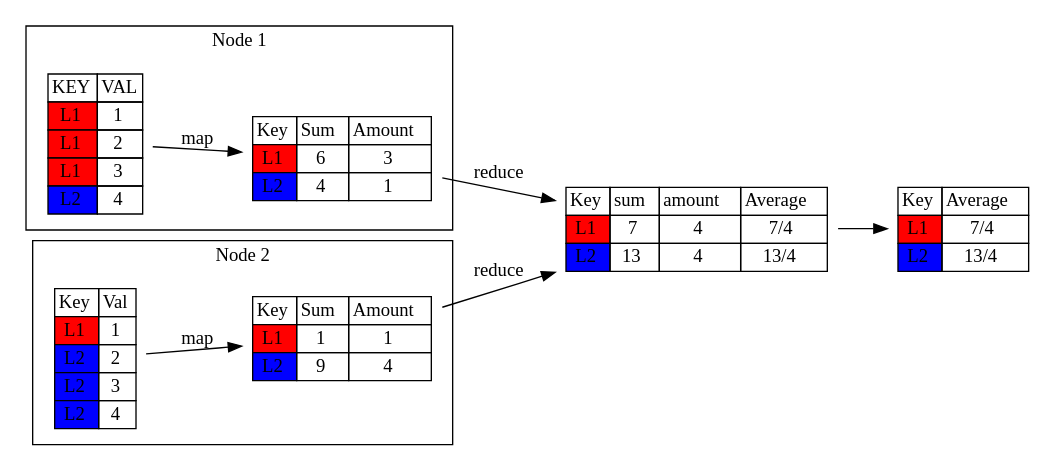
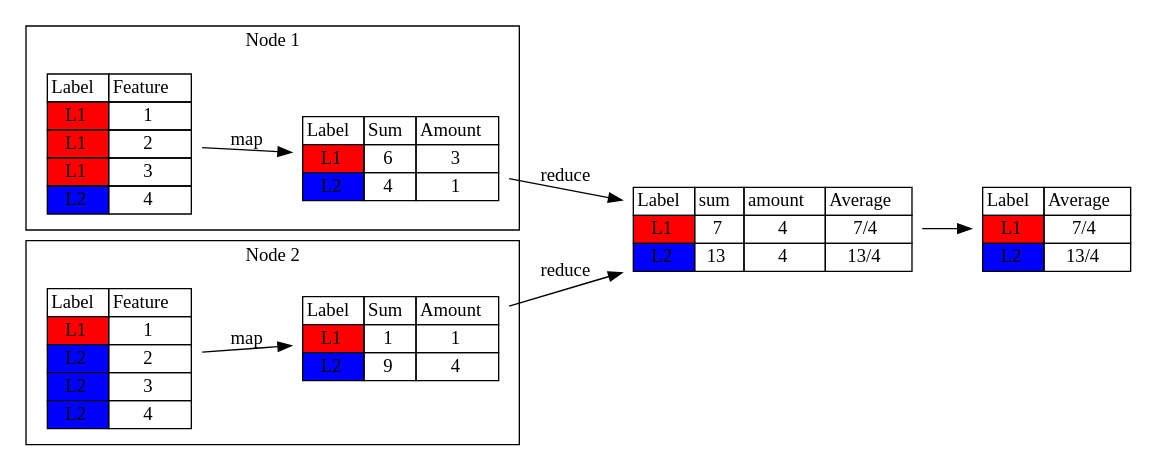
Before and after one commit to dehasi/grapviz: the diagram in mean-map-reduce.gv, drawn with Graphviz. The commit also changed 2 other files, not shown here.

```diff
--- a/mean-map-reduce.gv
+++ b/mean-map-reduce.gv
@@ -1,66 +1,66 @@
 digraph G {
 rankdir=LR;
 
 subgraph cluster_1 {
   label="Node 1"
   node1 -> temp1 [label="map"]
 }
 
 subgraph cluster_2 {
   label="Node 2"
   node2 -> temp2 [label="map"]
 }
 
 temp1 -> trainer [label="reduce"]
 temp2 -> trainer [label="reduce"]
 trainer -> model
 
 node1 [shape=plaintext label=<
 <TABLE BORDER="0" CELLBORDER="1" CELLSPACING="0">
-  <TR><TD>KEY</TD><TD>VAL</TD></TR>
+  <TR><TD>Label</TD><TD>Feature</TD></TR>
   <TR><TD BGCOLOR="red" >L1</TD><TD>1</TD></TR>
   <TR><TD BGCOLOR="red">L1</TD><TD>2</TD></TR>
   <TR><TD BGCOLOR="red">L1</TD><TD>3</TD></TR>
   <TR><TD BGCOLOR="blue">L2</TD><TD>4</TD></TR>
 </TABLE>>];
 
 
 node2 [shape=plaintext label=<
 <TABLE BORDER="0" CELLBORDER="1" CELLSPACING="0">
-  <TR><TD>Key</TD><TD>Val</TD></TR>
+  <TR><TD>Label</TD><TD>Feature</TD></TR>
   <TR><TD BGCOLOR="red">L1</TD><TD>1</TD></TR>
   <TR><TD BGCOLOR="blue">L2</TD><TD>2</TD></TR>
   <TR><TD BGCOLOR="blue">L2</TD><TD>3</TD></TR>
   <TR><TD BGCOLOR="blue">L2</TD><TD>4</TD></TR>
 </TABLE>>];
 
 temp1 [shape=plaintext label=<
 <TABLE BORDER="0" CELLBORDER="1" CELLSPACING="0">
-  <TR><TD>Key</TD><TD>Sum</TD><TD>Amount</TD></TR>
+  <TR><TD>Label</TD><TD>Sum</TD><TD>Amount</TD></TR>
   <TR><TD BGCOLOR="red" >L1</TD><TD>6</TD><TD>3</TD></TR>
   <TR><TD BGCOLOR="blue">L2</TD><TD>4</TD><TD>1</TD></TR>
 </TABLE>>];
 
 
 temp2 [shape=plaintext label=<
 <TABLE BORDER="0" CELLBORDER="1" CELLSPACING="0">
-  <TR><TD>Key</TD><TD>Sum</TD><TD>Amount</TD></TR>
+  <TR><TD>Label</TD><TD>Sum</TD><TD>Amount</TD></TR>
   <TR><TD BGCOLOR="red">L1</TD><TD>1</TD><TD>1</TD></TR>
   <TR><TD BGCOLOR="blue">L2</TD><TD>9</TD><TD>4</TD></TR>
 </TABLE>>];
 
 trainer [shape=plaintext label=<
 <TABLE BORDER="0" CELLBORDER="1" CELLSPACING="0">
-  <TR><TD>Key</TD><TD>sum</TD><TD>amount</TD><TD>Average</TD></TR>
+  <TR><TD>Label</TD><TD>sum</TD><TD>amount</TD><TD>Average</TD></TR>
   <TR><TD BGCOLOR="red">L1</TD><TD>7</TD><TD>4</TD><TD>7/4</TD></TR>
   <TR><TD BGCOLOR="blue">L2</TD><TD>13</TD><TD>4</TD><TD>13/4</TD></TR>
 </TABLE>>];
 
 model [shape=plaintext label=<
 <TABLE BORDER="0" CELLBORDER="1" CELLSPACING="0">
-  <TR><TD>Key</TD><TD>Average</TD></TR>
+  <TR><TD>Label</TD><TD>Average</TD></TR>
   <TR><TD BGCOLOR="red">L1</TD><TD>7/4</TD></TR>
   <TR><TD BGCOLOR="blue">L2</TD><TD>13/4</TD></TR>
 </TABLE>>];
 
 }
```
